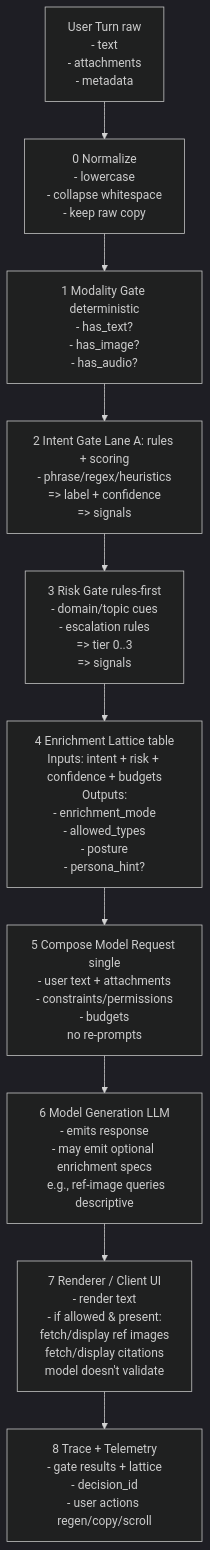
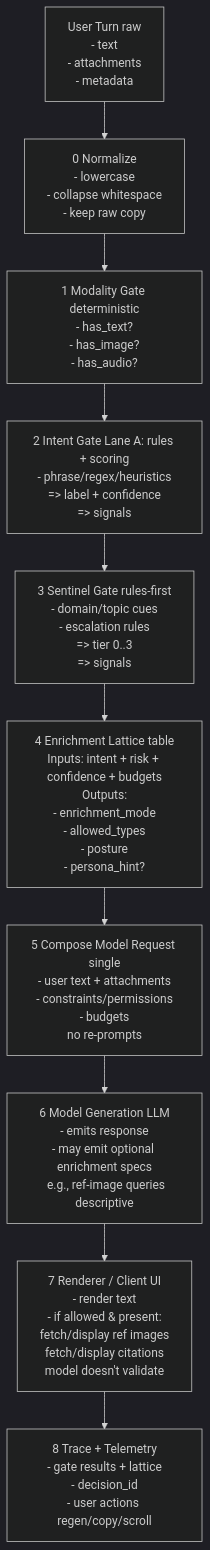
The first of 2 diagrams in architecture/solserver/message-processing-gates-v0.md (SolLabsHQ/infra-docs), drawn with Mermaid (dark theme) before and after one commit. The commit also changed other lines of this file and 2 other files, not shown here.

Commit message:
docs: rename risk gate to sentinel

````diff
--- a/architecture/solserver/message-processing-gates-v0.md
+++ b/architecture/solserver/message-processing-gates-v0.md
@@ -7,12 +7,12 @@
 ```mermaid
 flowchart TD
   A[User Turn raw\n- text\n- attachments\n- metadata] --> B[0 Normalize\n- lowercase\n- collapse whitespace\n- keep raw copy]
   B --> C[1 Modality Gate deterministic\n- has_text?\n- has_image?\n- has_audio?]
   C --> D[2 Intent Gate Lane A: rules + scoring\n- phrase/regex/heuristics\n=> label + confidence\n=> signals]
-  D --> E[3 Risk Gate rules-first\n- domain/topic cues\n- escalation rules\n=> tier 0..3\n=> signals]
+  D --> E[3 Sentinel Gate rules-first\n- domain/topic cues\n- escalation rules\n=> tier 0..3\n=> signals]
   E --> F[4 Enrichment Lattice table\nInputs: intent + risk + confidence + budgets\nOutputs:\n- enrichment_mode\n- allowed_types\n- posture\n- persona_hint?]
   F --> G[5 Compose Model Request single\n- user text + attachments\n- constraints/permissions\n- budgets\nno re-prompts]
   G --> H[6 Model Generation LLM\n- emits response\n- may emit optional enrichment specs\n  e.g., ref-image queries descriptive]
   H --> I[7 Renderer / Client UI\n- render text\n- if allowed & present:\n  fetch/display ref images\n  fetch/display citations\nmodel doesn't validate]
   I --> J[8 Trace + Telemetry\n- gate results + lattice\n- decision_id\n- user actions regen/copy/scroll]
 ```
````
